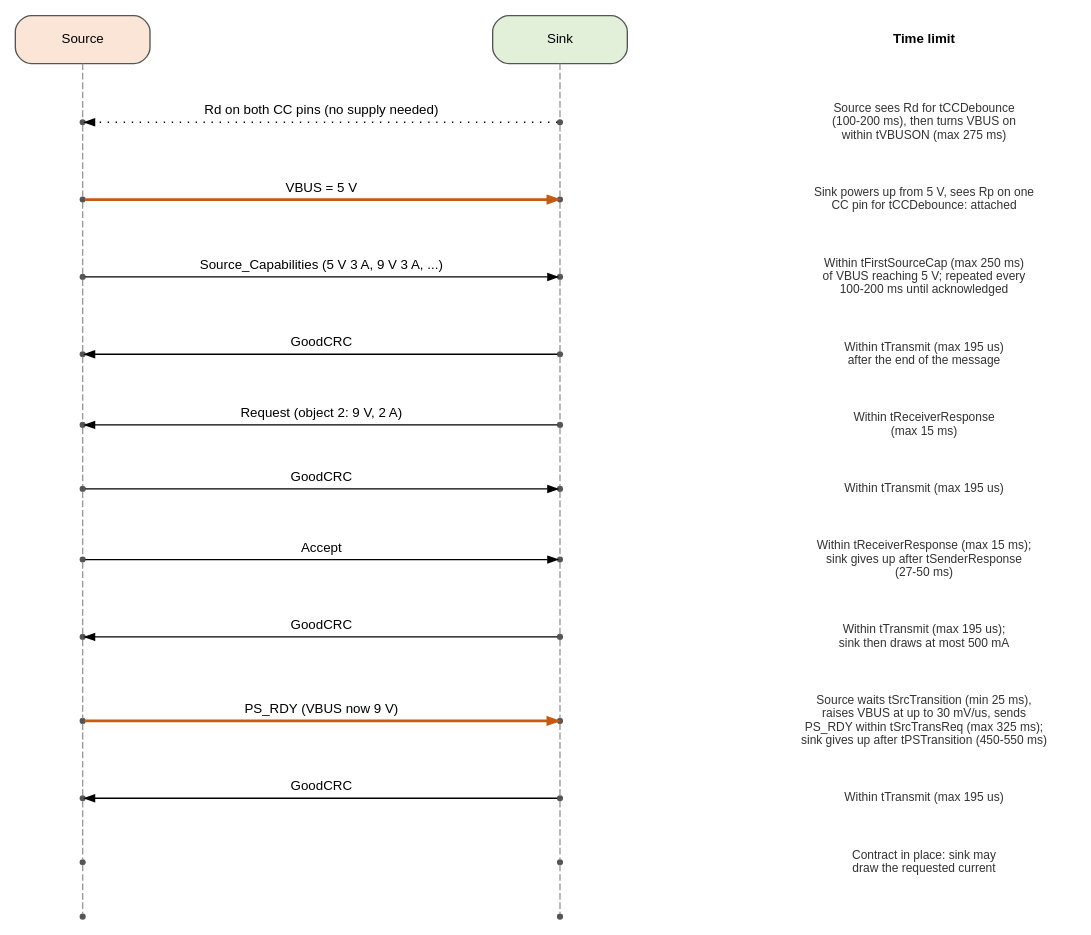
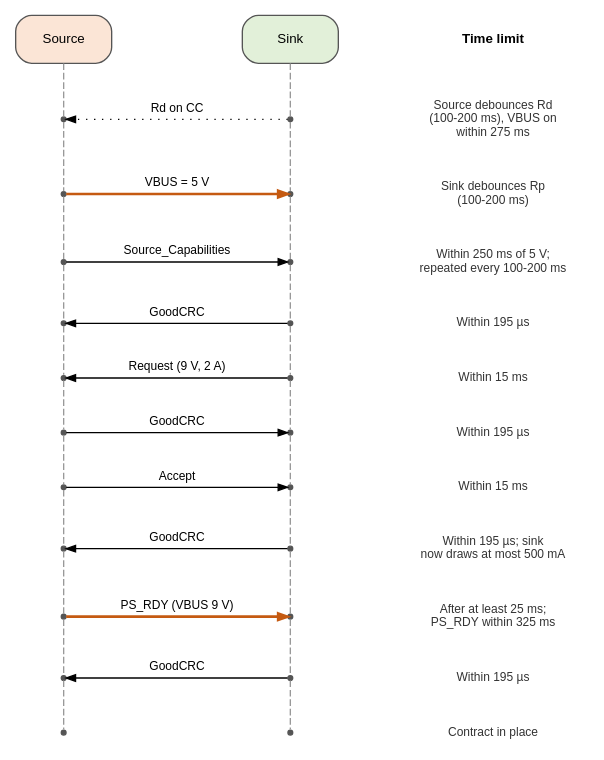
One commit to mithro/evampire changed the diagram in docs/power/usb-pd/negotiation.dot. Above: the diagram before and after it, drawn with Graphviz. The commit also changed 5 other files, not shown here.

First line of the commit message:
Make USB PD diagrams fit the page width

```diff
--- a/docs/power/usb-pd/negotiation.dot
+++ b/docs/power/usb-pd/negotiation.dot
@@ -1,68 +1,64 @@
 // Message sequence for a source and sink negotiating a fixed 9 V supply.
 // Either end may be a board built around evampire.
 // Time runs from top to bottom. Not to scale.
 //
 // SPDX-License-Identifier: Apache-2.0
 
 digraph negotiation {
-    graph [rankdir=TB, fontname="Helvetica", fontsize=11, nodesep=2.2,
-           ranksep=0.32, newrank=true, splines=false];
+    graph [rankdir=TB, fontname="Helvetica", fontsize=11, nodesep=1.1,
+           ranksep=0.3, newrank=true, splines=false];
     node  [shape=point, width=0.05, color="#555555", fontname="Helvetica",
            fontsize=10];
-    edge  [fontname="Helvetica", fontsize=10, arrowsize=0.7];
+    edge  [fontname="Helvetica", fontsize=9, arrowsize=0.7];
 
-    src [shape=box, style="rounded,filled", fillcolor="#fbe5d6", label="Source", width=1.4];
-    snk [shape=box, style="rounded,filled", fillcolor="#e2f0d9", label="Sink", width=1.4];
+    src [shape=box, style="rounded,filled", fillcolor="#fbe5d6", label="Source", width=1.0];
+    snk [shape=box, style="rounded,filled", fillcolor="#e2f0d9", label="Sink", width=1.0];
     note_h [shape=plaintext, label="Time limit", fontsize=10, fontname="Helvetica-Bold"];
 
-    // Lifeline points.
-    s1; s2; s3; s4; s5; s6; s7; s8; s9; s10; s11; s12;
-    k1; k2; k3; k4; k5; k6; k7; k8; k9; k10; k11; k12;
+    s1; s2; s3; s4; s5; s6; s7; s8; s9; s10; s11;
+    k1; k2; k3; k4; k5; k6; k7; k8; k9; k10; k11;
 
     node [shape=plaintext, width=0, height=0, fontsize=9, fontcolor="#333333"];
-    n1  [label="Source sees Rd for tCCDebounce\n(100-200 ms), then turns VBUS on\nwithin tVBUSON (max 275 ms)"];
-    n2  [label="Sink powers up from 5 V, sees Rp on one\nCC pin for tCCDebounce: attached"];
-    n3  [label="Within tFirstSourceCap (max 250 ms)\nof VBUS reaching 5 V; repeated every\n100-200 ms until acknowledged"];
-    n4  [label="Within tTransmit (max 195 us)\nafter the end of the message"];
-    n5  [label="Within tReceiverResponse\n(max 15 ms)"];
-    n6  [label="Within tTransmit (max 195 us)"];
-    n7  [label="Within tReceiverResponse (max 15 ms);\nsink gives up after tSenderResponse\n(27-50 ms)"];
-    n8  [label="Within tTransmit (max 195 us);\nsink then draws at most 500 mA"];
-    n9  [label="Source waits tSrcTransition (min 25 ms),\nraises VBUS at up to 30 mV/us, sends\nPS_RDY within tSrcTransReq (max 325 ms);\nsink gives up after tPSTransition (450-550 ms)"];
-    n10 [label="Within tTransmit (max 195 us)"];
-    n11 [label="Contract in place: sink may\ndraw the requested current"];
+    n1  [label="Source debounces Rd\n(100-200 ms), VBUS on\nwithin 275 ms"];
+    n2  [label="Sink debounces Rp\n(100-200 ms)"];
+    n3  [label="Within 250 ms of 5 V;\nrepeated every 100-200 ms"];
+    n4  [label="Within 195 µs"];
+    n5  [label="Within 15 ms"];
+    n6  [label="Within 195 µs"];
+    n7  [label="Within 15 ms"];
+    n8  [label="Within 195 µs; sink\nnow draws at most 500 mA"];
+    n9  [label="After at least 25 ms;\nPS_RDY within 325 ms"];
+    n10 [label="Within 195 µs"];
+    n11 [label="Contract in place"];
 
     { rank=same; src; snk; note_h; }
     { rank=same; s1; k1; n1; }
     { rank=same; s2; k2; n2; }
     { rank=same; s3; k3; n3; }
     { rank=same; s4; k4; n4; }
     { rank=same; s5; k5; n5; }
     { rank=same; s6; k6; n6; }
     { rank=same; s7; k7; n7; }
     { rank=same; s8; k8; n8; }
     { rank=same; s9; k9; n9; }
     { rank=same; s10; k10; n10; }
     { rank=same; s11; k11; n11; }
-    { rank=same; s12; k12; }
 
-    // Lifelines.
     edge [arrowhead=none, style=dashed, color="#999999", weight=100];
-    src -> s1 -> s2 -> s3 -> s4 -> s5 -> s6 -> s7 -> s8 -> s9 -> s10 -> s11 -> s12;
-    snk -> k1 -> k2 -> k3 -> k4 -> k5 -> k6 -> k7 -> k8 -> k9 -> k10 -> k11 -> k12;
+    src -> s1 -> s2 -> s3 -> s4 -> s5 -> s6 -> s7 -> s8 -> s9 -> s10 -> s11;
+    snk -> k1 -> k2 -> k3 -> k4 -> k5 -> k6 -> k7 -> k8 -> k9 -> k10 -> k11;
     note_h -> n1 -> n2 -> n3 -> n4 -> n5 -> n6 -> n7 -> n8 -> n9 -> n10 -> n11 [style=invis];
 
-    // Messages.
     edge [arrowhead=normal, style=solid, color="#000000", weight=0];
-    k1 -> s1  [label="Rd on both CC pins (no supply needed)", style=dotted];
+    k1 -> s1  [label="Rd on CC", style=dotted];
     s2 -> k2  [label="VBUS = 5 V", penwidth=2, color="#c55a11"];
-    s3 -> k3  [label="Source_Capabilities (5 V 3 A, 9 V 3 A, ...)"];
+    s3 -> k3  [label="Source_Capabilities"];
     k4 -> s4  [label="GoodCRC"];
-    k5 -> s5  [label="Request (object 2: 9 V, 2 A)"];
+    k5 -> s5  [label="Request (9 V, 2 A)"];
     s6 -> k6  [label="GoodCRC"];
     s7 -> k7  [label="Accept"];
     k8 -> s8  [label="GoodCRC"];
-    s9 -> k9  [label="PS_RDY (VBUS now 9 V)", penwidth=2, color="#c55a11"];
+    s9 -> k9  [label="PS_RDY (VBUS 9 V)", penwidth=2, color="#c55a11"];
     k10 -> s10 [label="GoodCRC"];
     s11 -> k11 [style=invis];
 }
```
